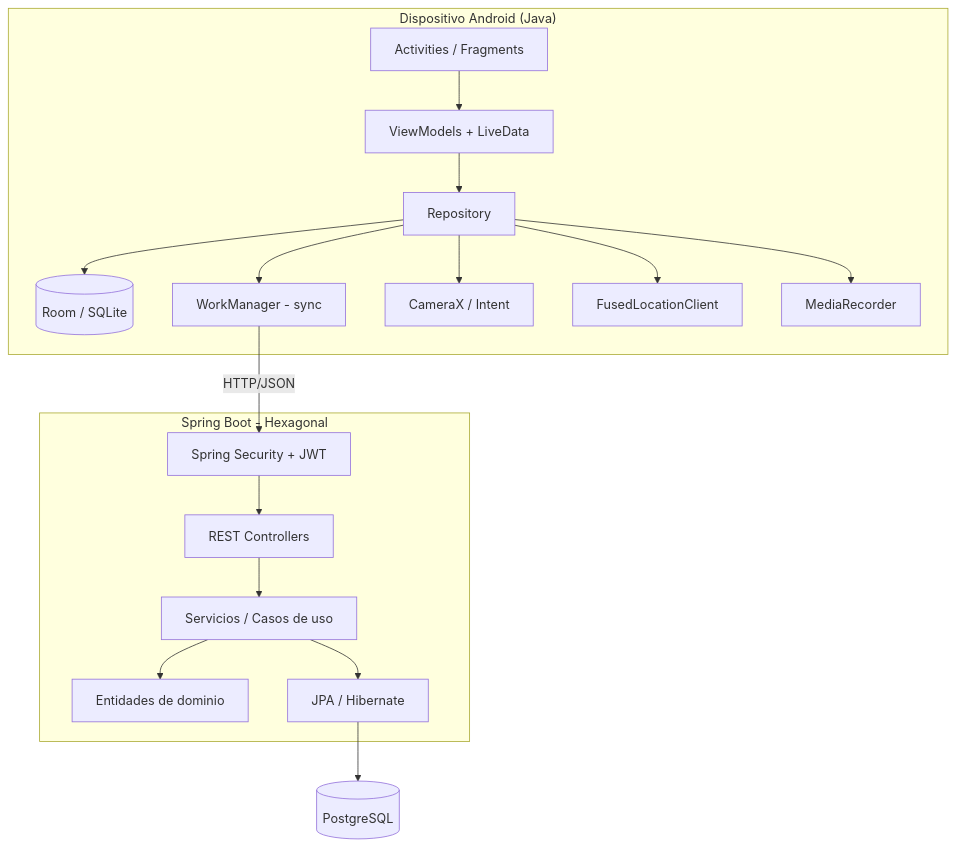
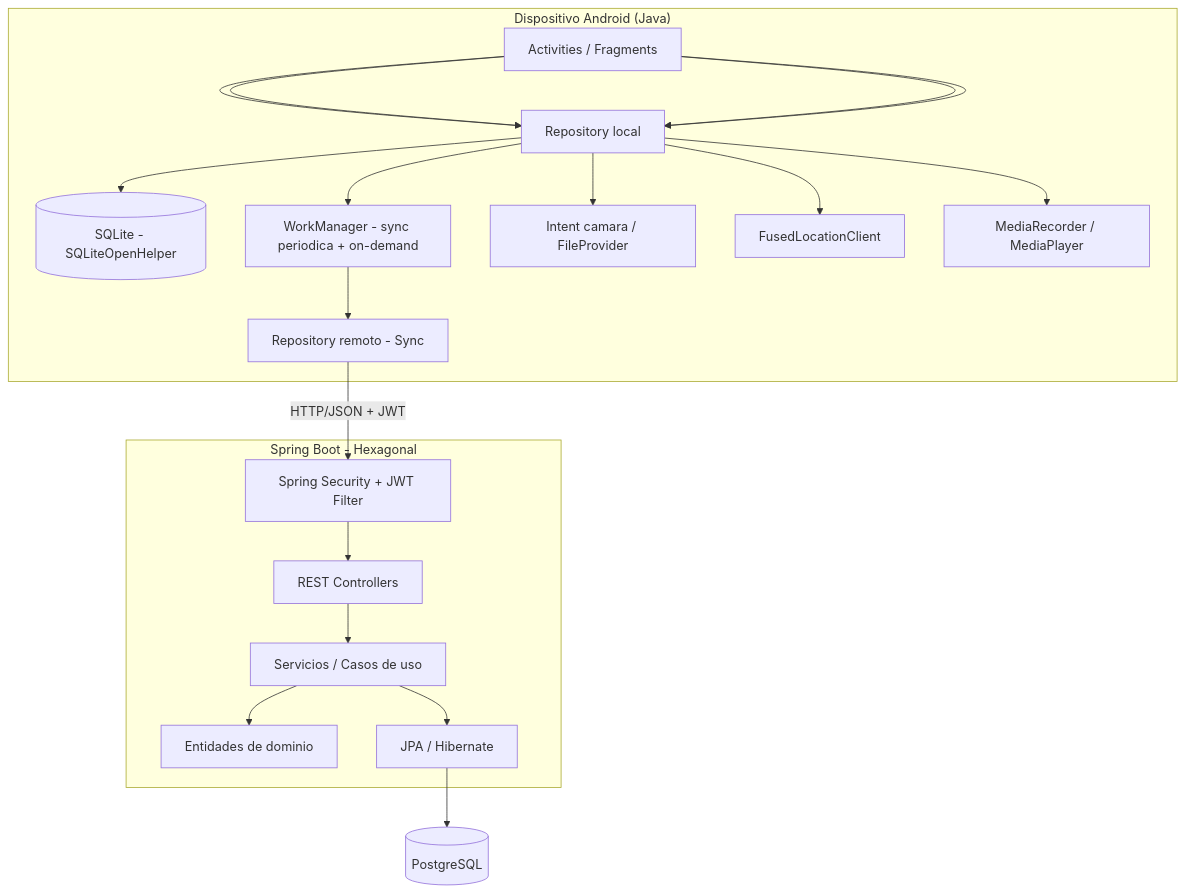
One commit to NicolasChaves93/Aplicacion-deportiva changed the second of 4 diagrams in README.md. Above: the diagram before and after it, drawn with Mermaid. The commit also changed other lines of this file and 17 other files, not shown here.

````diff
--- a/README.md
+++ b/README.md
@@ -77,33 +80,33 @@
 ```mermaid
 graph TB
     subgraph Mobile["Dispositivo Android (Java)"]
         UI[Activities / Fragments]
-        VM[ViewModels + LiveData]
-        REPO[Repository]
-        ROOM[(Room / SQLite)]
-        WM[WorkManager - sync]
-        CAM[CameraX / Intent]
+        REPO_L[Repository local]
+        SQLITE[(SQLite - SQLiteOpenHelper)]
+        REPO_R[Repository remoto - Sync]
+        WM[WorkManager - sync periodica + on-demand]
+        CAM[Intent camara / FileProvider]
         GPS[FusedLocationClient]
-        MIC[MediaRecorder]
+        MIC[MediaRecorder / MediaPlayer]
     end
 
     subgraph Backend["Spring Boot - Hexagonal"]
-        SEC[Spring Security + JWT]
+        SEC[Spring Security + JWT Filter]
         REST[REST Controllers]
         SVC[Servicios / Casos de uso]
         MODEL[Entidades de dominio]
         JPA[JPA / Hibernate]
     end
 
     PG[(PostgreSQL)]
 
-    UI --> VM --> REPO
-    REPO --> ROOM
-    REPO --> CAM
-    REPO --> GPS
-    REPO --> MIC
-    REPO --> WM
+    UI --> REPO_L --> SQLITE
+    UI --> REPO_L --> CAM
+    UI --> REPO_L --> GPS
+    UI --> REPO_L --> MIC
+    REPO_L --> WM
+    WM --> REPO_R
 
-    WM -- HTTP/JSON --> SEC --> REST --> SVC --> MODEL
+    REPO_R -- HTTP/JSON + JWT --> SEC --> REST --> SVC --> MODEL
     SVC --> JPA --> PG
 ```
````
